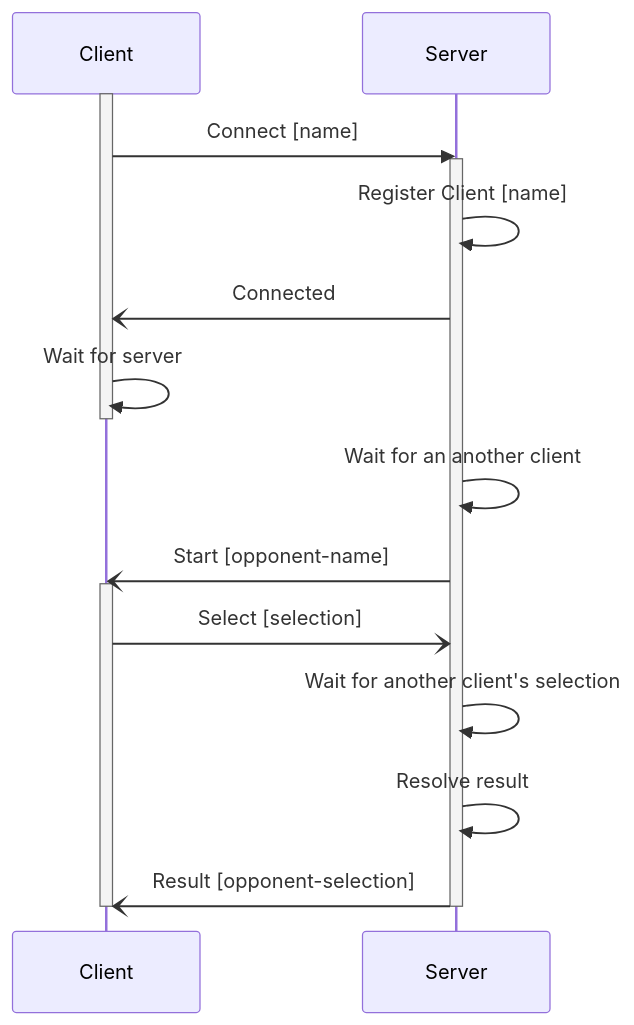
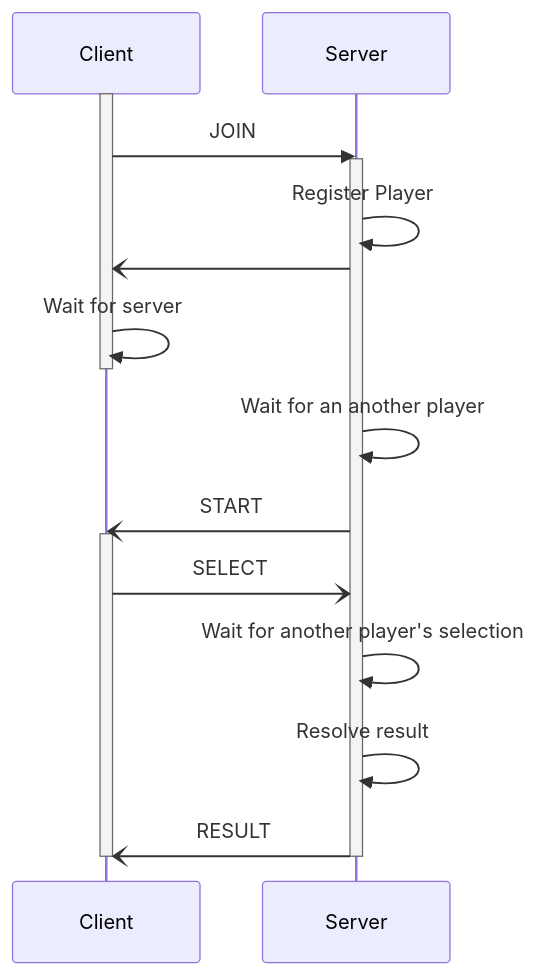
One commit to toivjon/go-rps changed the diagram in README.md. Above: the diagram before and after it, drawn with Mermaid.

Commit message:
Updated the sequence diagram about the game sequence.

````diff
--- a/README.md
+++ b/README.md
@@ -43,22 +54,22 @@
 ```mermaid
 sequenceDiagram
   participant c as Client
   participant s as Server
 
   activate c
-  c->>s: Connect [name]
+  c->>s: JOIN
   activate s
-  s->>s: Register Client [name]
-  s-)c: Connected
+  s->>s: Register Player
+  s-)c: 
   c->>c: Wait for server
   deactivate c
-  s->>s: Wait for an another client
-  s-)c: Start [opponent-name]
+  s->>s: Wait for an another player
+  s-)c: START
   activate c
-  c-)s: Select [selection]
-  s->>s: Wait for another client's selection
+  c-)s: SELECT
+  s->>s: Wait for another player's selection
   s->>s: Resolve result
-  s-)c: Result [opponent-selection]
+  s-)c: RESULT
   deactivate c
   deactivate s
 ```
````
